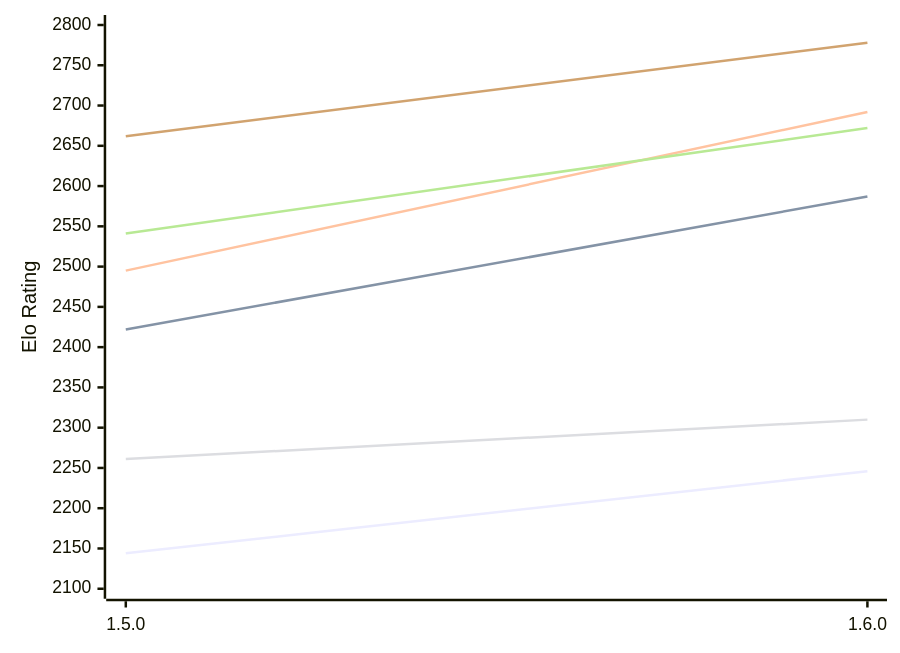
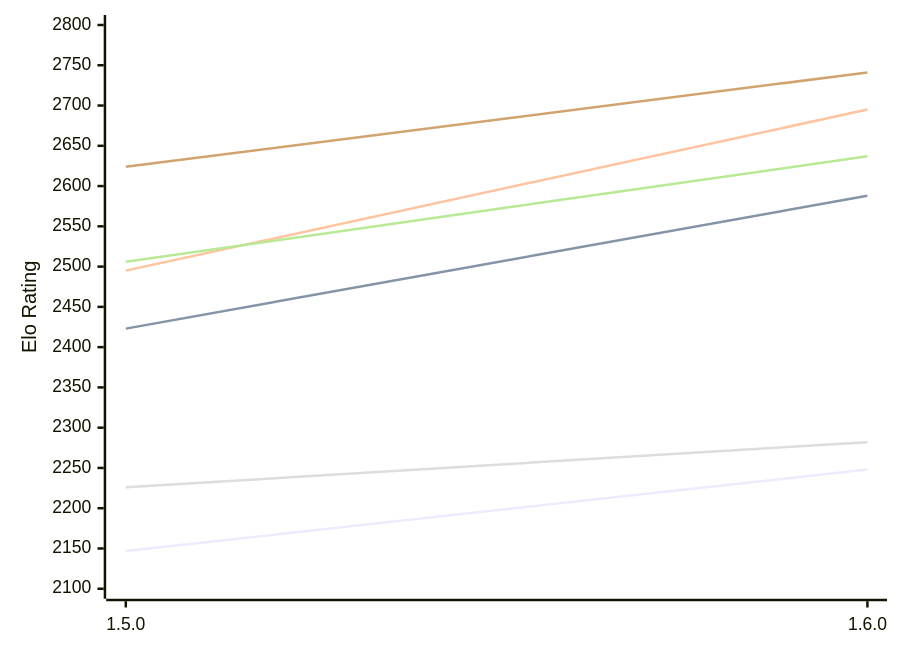
Before and after one commit to computer-chess-index/cci: the first of 2 diagrams in engines/Tofiks.md, drawn with Mermaid. The commit also changed other lines of this file, not shown here.

Commit message:
Update CCI Ratings (ELO VLTC) - 2026-10-23

````diff
--- a/engines/Tofiks.md
+++ b/engines/Tofiks.md
@@ -51,12 +51,12 @@
 ```mermaid
 %%{init: {"theme":"base","themeVariables":{"seriesColors:['#a3a3a3','#222221','#faa371']}}}%%
 xychart-beta
   x-axis ["1.5.0", "1.6.0"]
   y-axis "Elo Rating" 2100 --> 2800
-  line "E1: STC (8.0+0.08s)" [2144, 2246]
-  line "E1: LTC (60.0+0.60s)" [2422, 2587]
-  line "E1: VLTC (2m24s+1.12s)" [2495, 2692]
-  line "P1: STC (8.0+0.08s)" [2261, 2310]
-  line "P1: LTC (60.0+0.60s)" [2541, 2672]
-  line "P1: VLTC (2m24s+1.12s)" [2662, 2778]
+  line "E1: STC (8.0+0.08s)" [2147, 2248]
+  line "E1: LTC (60.0+0.60s)" [2423, 2588]
+  line "E1: VLTC (2m24s+1.12s)" [2495, 2695]
+  line "P1: STC (8.0+0.08s)" [2226, 2282]
+  line "P1: LTC (60.0+0.60s)" [2506, 2637]
+  line "P1: VLTC (2m24s+1.12s)" [2624, 2741]
 ```
````
